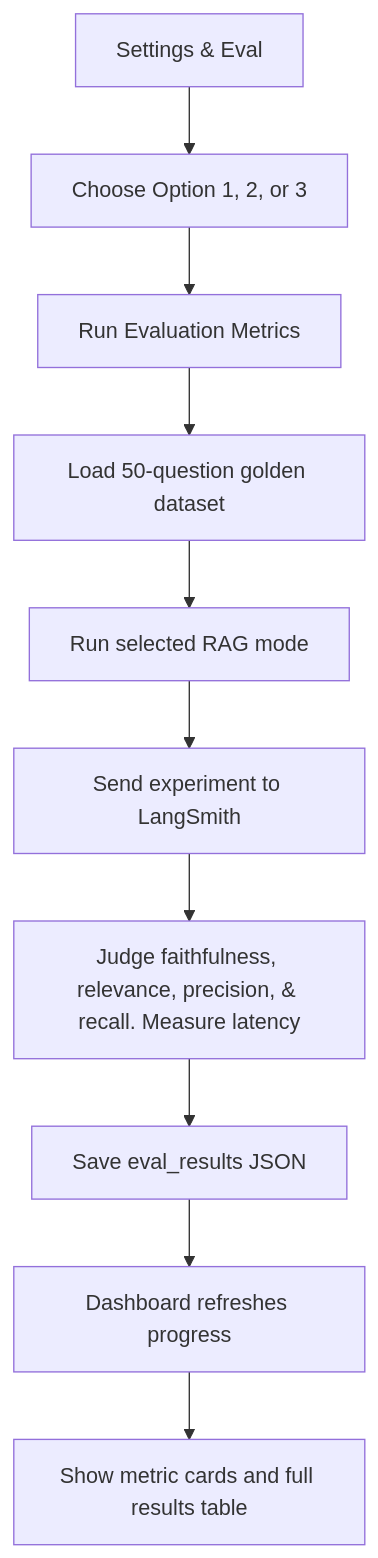
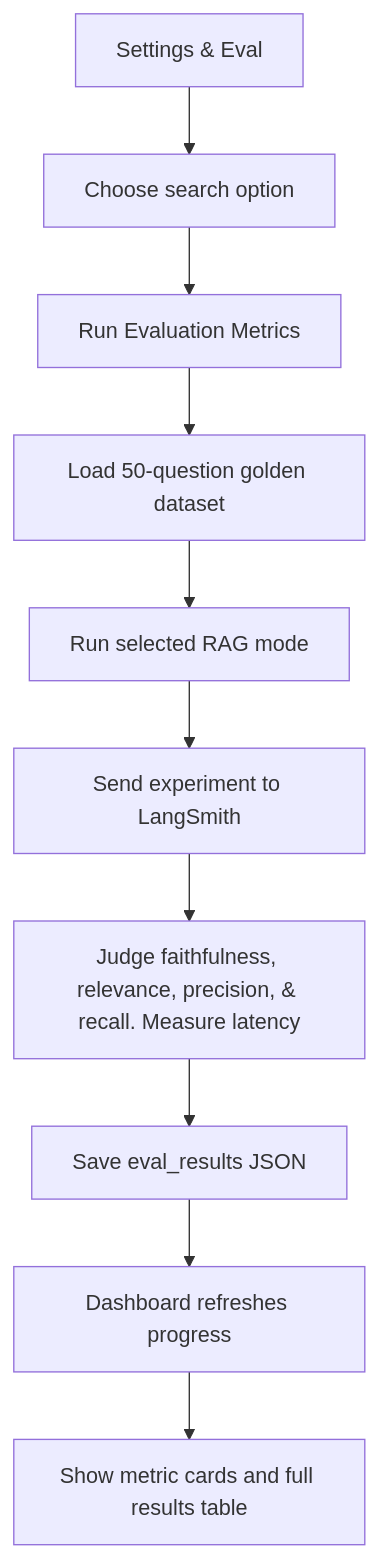
One commit to helsharif/autodesk-rag-app changed the second of 2 diagrams in FLOW_LOGIC_HIGH_LEVEL.md. Above: the diagram before and after it, drawn with Mermaid. The commit also changed other lines of this file and 10 other files, not shown here.

Commit message:
Split LightRAG into graph-only and web-assisted modes

````diff
--- a/FLOW_LOGIC_HIGH_LEVEL.md
+++ b/FLOW_LOGIC_HIGH_LEVEL.md
@@ -328,12 +347,12 @@
 ```mermaid
 flowchart TD
-    A["Settings & Eval"] --> B["Choose Option 1, 2, or 3"]
+    A["Settings & Eval"] --> B["Choose search option"]
     B --> C["Run Evaluation Metrics"]
     C --> D["Load 50-question golden dataset"]
     D --> E["Run selected RAG mode"]
     E --> F["Send experiment to LangSmith"]
     F --> G["Judge faithfulness, relevance, precision, & recall. Measure latency"]
     G --> I["Save eval_results JSON"]
     I --> J["Dashboard refreshes progress"]
     J --> K["Show metric cards and full results table"]
 ```
````
